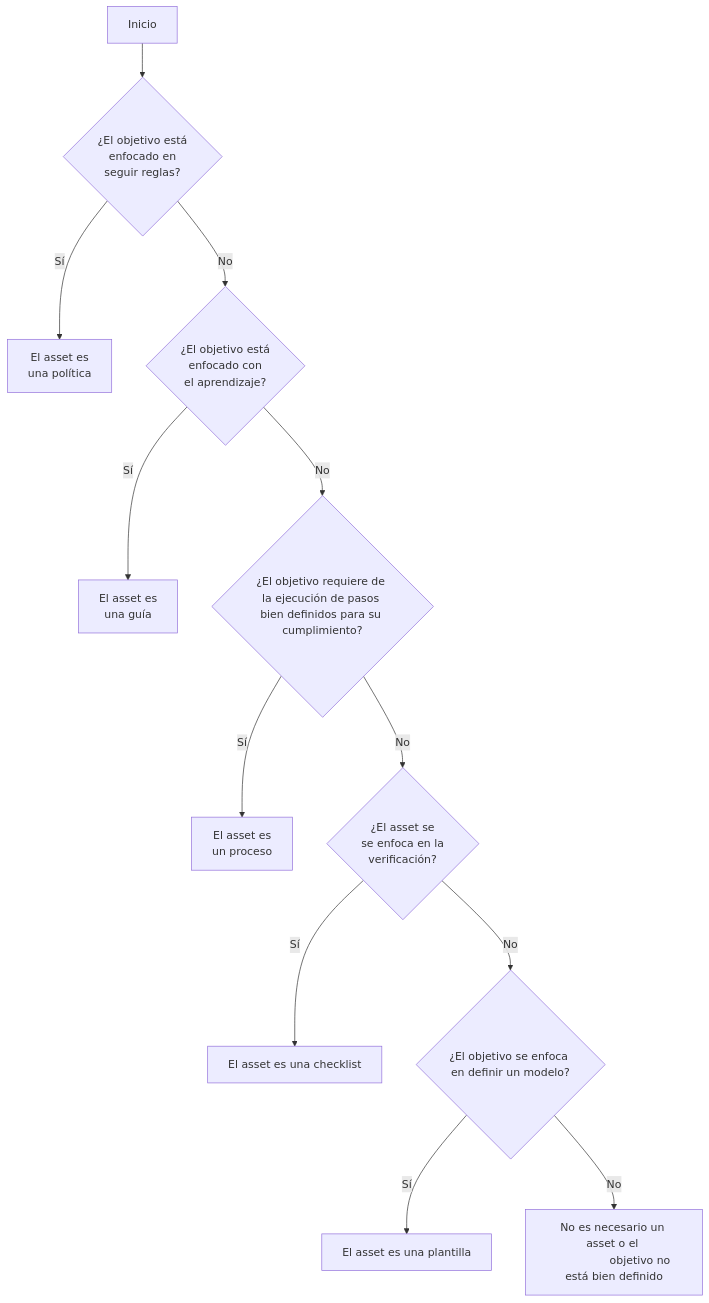
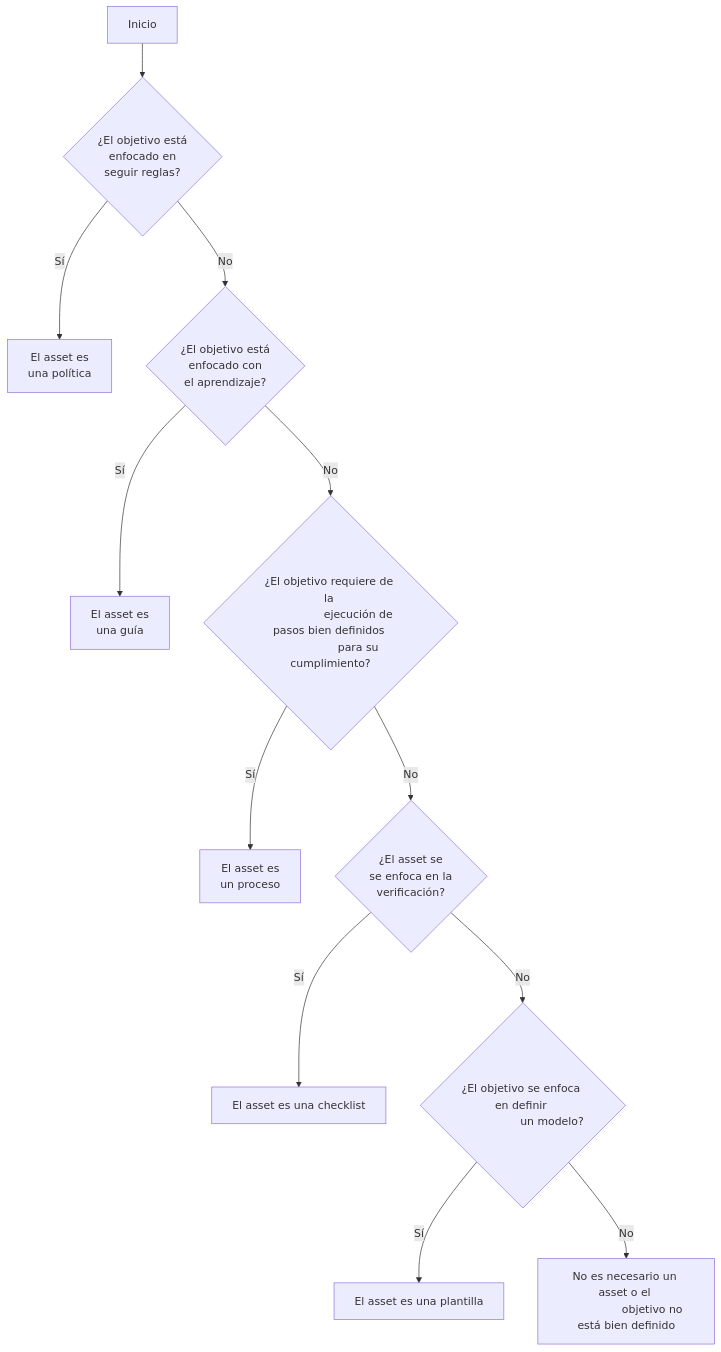
The diagram in docs/guias/G02-guia-definicion-assets.md (Taro-IT/docs), drawn with Mermaid before and after one commit. The commit also changed other lines of this file, not shown here.

Commit message:
fix(G02): arbol de decisiones

````diff
--- a/docs/guias/G02-guia-definicion-assets.md
+++ b/docs/guias/G02-guia-definicion-assets.md
@@ -15,24 +15,27 @@
 ```mermaid
 flowchart TD
     A[Inicio] --> B{"¿El objetivo está 
                     enfocado en 
                     seguir reglas?"};
     B -->|Sí| C["El asset es 
                 una política"];
     B -->|No| D{"¿El objetivo está
                 enfocado con
                 el aprendizaje?"}
     D -->|Sí| E["El asset es 
                 una guía"]
-    D -->|No| F{"¿El objetivo requiere de la ejecución de pasos bien definidos para su cumplimiento?"}
+    D -->|No| F{"¿El objetivo requiere de la 
+                 ejecución de pasos bien definidos 
+                 para su cumplimiento?"}
     F -->|Sí| G["El asset es 
                 un proceso"]
     F -->|No| H{"¿El asset se
                 se enfoca en la
                 verificación?"}
     H -->|Sí| I["El asset es una checklist"]
-    H -->|No| J{"¿El objetivo se enfoca en definir un modelo?"}
+    H -->|No| J{"¿El objetivo se enfoca en definir 
+                 un modelo?"}
     J -->|Sí| K["El asset es una plantilla"]
     J -->|No| L["No es necesario un asset o el 
                 objetivo no está bien definido"]
 ```
````
